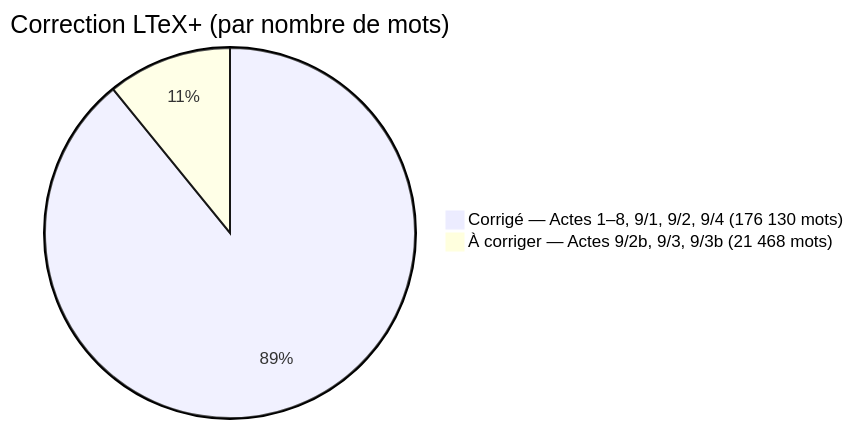
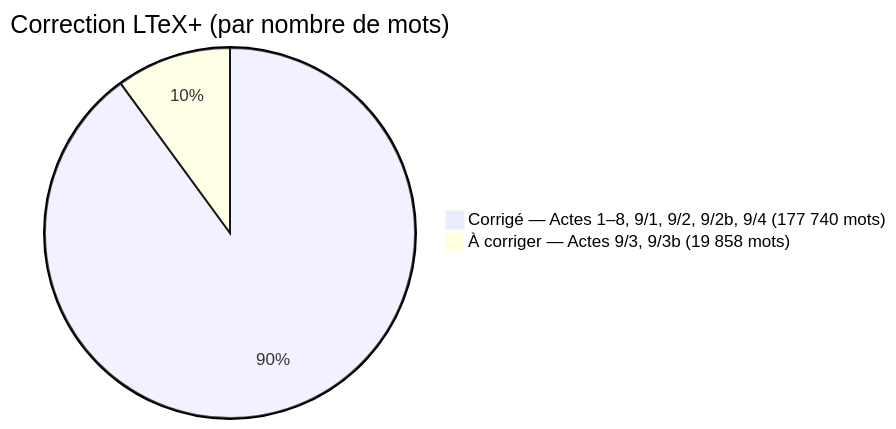
The diagram in actes/word_count.md (eric-mugnier/tete-de-veau-ravigote), drawn with Mermaid before and after one commit. The commit also changed other lines of this file and 3 other files, not shown here.

````diff
--- a/actes/word_count.md
+++ b/actes/word_count.md
@@ -29,5 +29,5 @@
 ```mermaid
 pie title Correction LTeX+ (par nombre de mots)
-    "Corrigé — Actes 1–8, 9/1, 9/2, 9/4 (176 130 mots)" : 176130
-    "À corriger — Actes 9/2b, 9/3, 9/3b (21 468 mots)" : 21468
+    "Corrigé — Actes 1–8, 9/1, 9/2, 9/2b, 9/4 (177 740 mots)" : 177740
+    "À corriger — Actes 9/3, 9/3b (19 858 mots)" : 19858
 ```
````
